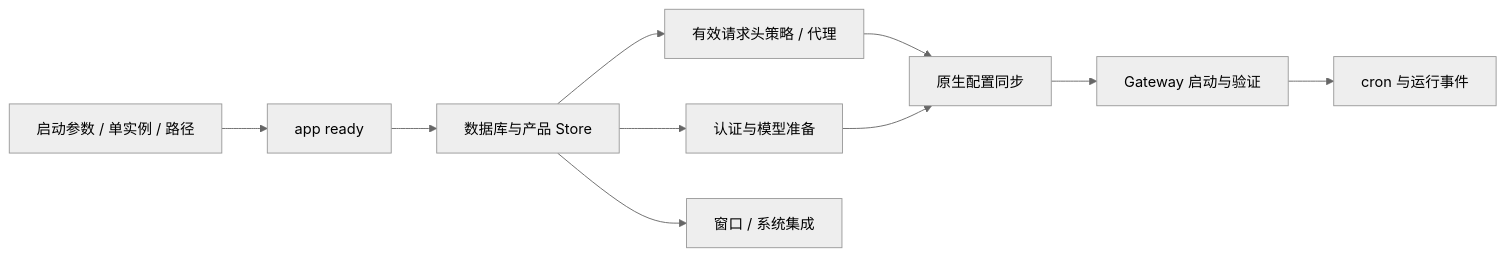
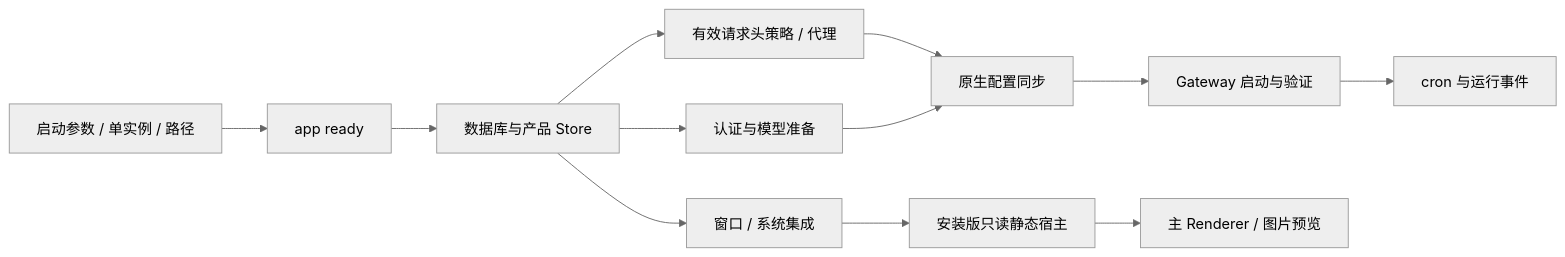
Before and after one commit to liangxhao/JustDo: the second of 2 diagrams in docs/architecture/02-architecture.md, drawn with Mermaid (neutral theme). The commit also changed other lines of this file and 121 other files, not shown here.

````diff
--- a/docs/architecture/02-architecture.md
+++ b/docs/architecture/02-architecture.md
@@ -78,12 +84,14 @@
 ```mermaid
 flowchart LR
   Entry[启动参数 / 单实例 / 路径] --> Ready[app ready]
   Ready --> Stores[数据库与产品 Store]
   Stores --> Network[有效请求头策略 / 代理]
   Stores --> Identity[认证与模型准备]
   Network --> Sync[原生配置同步]
   Identity --> Sync
   Sync --> Gateway[Gateway 启动与验证]
   Gateway --> Poll[cron 与运行事件]
   Stores --> Window[窗口 / 系统集成]
+  Window --> Static[安装版只读静态宿主]
+  Static --> Renderer[主 Renderer / 图片预览]
 ```
````
